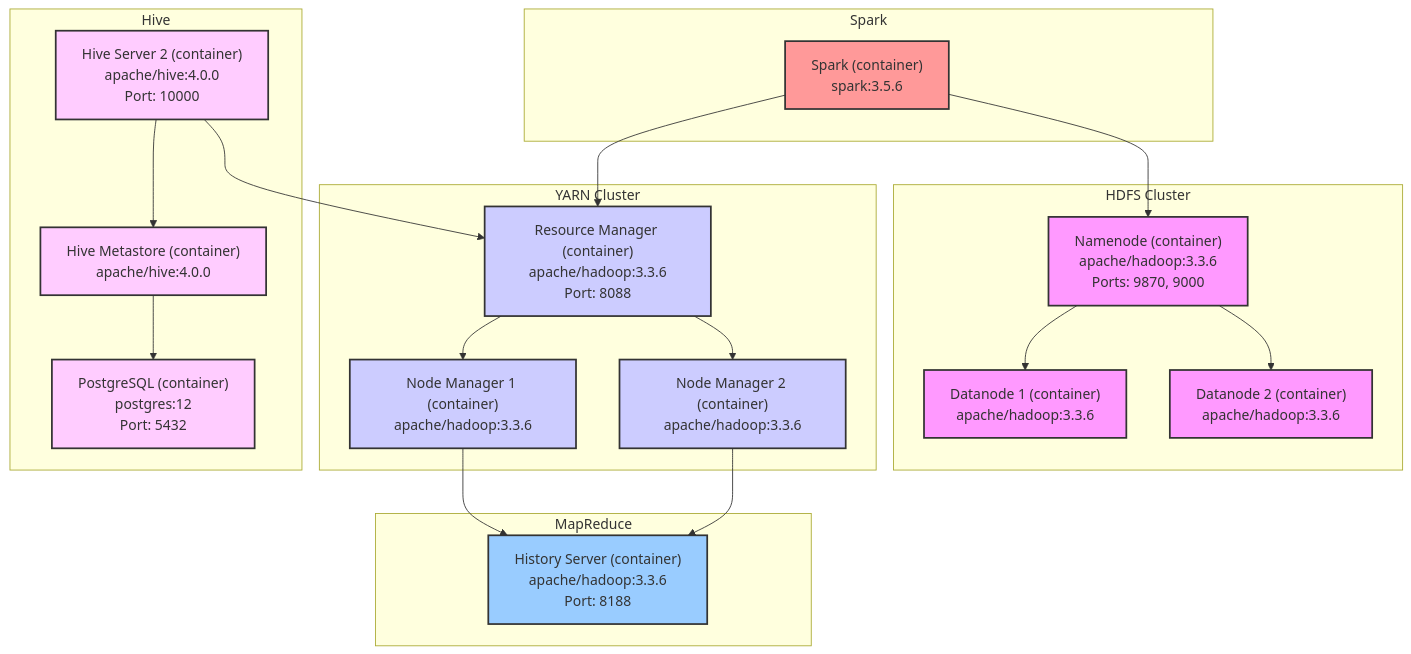
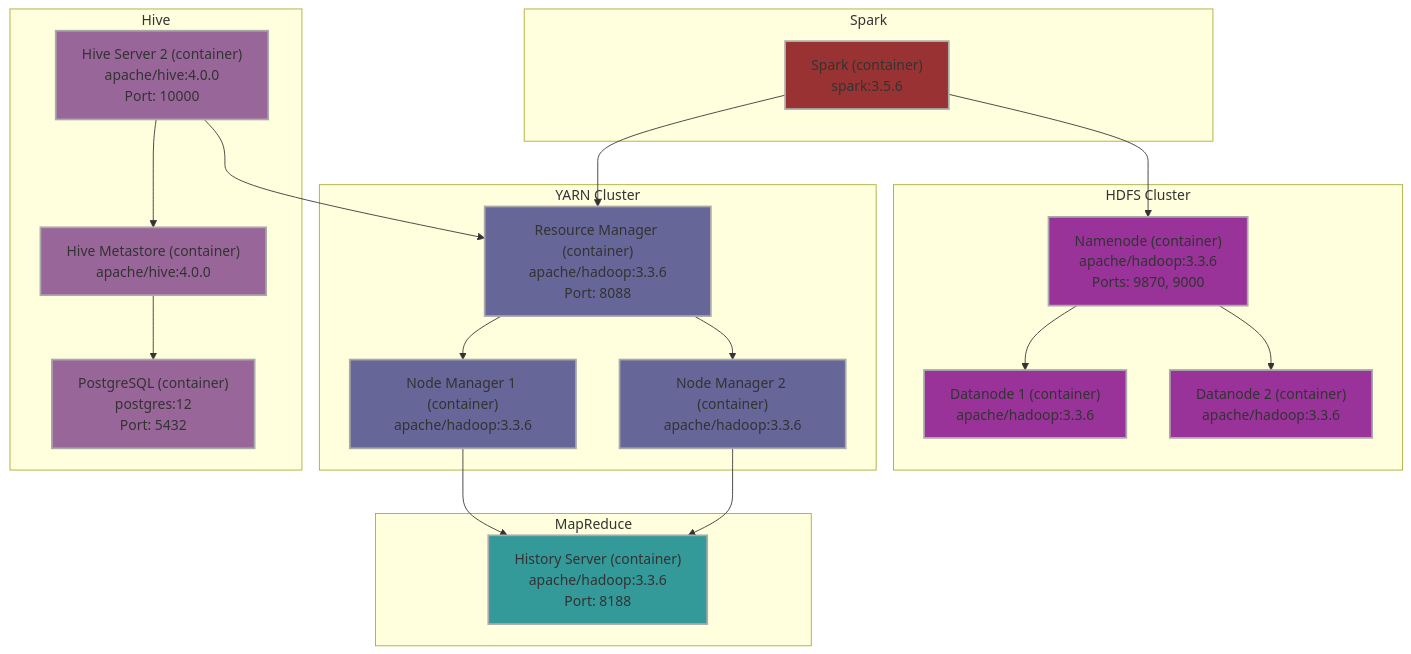
One commit to maninekkalapudi/localbigdatastack changed the diagram in docs/architecture.md. Above: the diagram before and after it, drawn with Mermaid.

Commit message:
update diagram

````diff
--- a/docs/architecture.md
+++ b/docs/architecture.md
@@ -7,61 +7,61 @@
 ```mermaid
 graph TD
     subgraph HDFS Cluster
         namenode["Namenode (container)<br>apache/hadoop:3.3.6<br>Ports: 9870, 9000"]
         datanode1["Datanode 1 (container)<br>apache/hadoop:3.3.6"]
         datanode2["Datanode 2 (container)<br>apache/hadoop:3.3.6"]
     end
 
     subgraph YARN Cluster
         resourcemanager["Resource Manager (container)<br>apache/hadoop:3.3.6<br>Port: 8088"]
         nodemanager1["Node Manager 1 (container)<br>apache/hadoop:3.3.6"]
         nodemanager2["Node Manager 2 (container)<br>apache/hadoop:3.3.6"]
     end
 
     subgraph Hive
         hive_server["Hive Server 2 (container)<br>apache/hive:4.0.0<br>Port: 10000"]
         hive_metastore["Hive Metastore (container)<br>apache/hive:4.0.0"]
         postgres["PostgreSQL (container)<br>postgres:12<br>Port: 5432"]
     end
 
     subgraph Spark
         spark_app["Spark (container)<br>spark:3.5.6"]
     end
     
     subgraph MapReduce
         historyserver["History Server (container)<br>apache/hadoop:3.3.6<br>Port: 8188"]
     end
 
     namenode --> datanode1
     namenode --> datanode2
     
     resourcemanager --> nodemanager1
     resourcemanager --> nodemanager2
 
     hive_server --> hive_metastore
     hive_metastore --> postgres
 
     spark_app --> namenode
     spark_app --> resourcemanager
     
     nodemanager1 --> historyserver
     nodemanager2 --> historyserver
     
     hive_server --> resourcemanager
     
-    style namenode fill:#f9f,stroke:#333,stroke-width:2px
-    style datanode1 fill:#f9f,stroke:#333,stroke-width:2px
-    style datanode2 fill:#f9f,stroke:#333,stroke-width:2px
+    style namenode fill:#939,stroke:#aaa,stroke-width:2px
+    style datanode1 fill:#939,stroke:#aaa,stroke-width:2px
+    style datanode2 fill:#939,stroke:#aaa,stroke-width:2px
     
-    style resourcemanager fill:#ccf,stroke:#333,stroke-width:2px
-    style nodemanager1 fill:#ccf,stroke:#333,stroke-width:2px
-    style nodemanager2 fill:#ccf,stroke:#333,stroke-width:2px
+    style resourcemanager fill:#669,stroke:#aaa,stroke-width:2px
+    style nodemanager1 fill:#669,stroke:#aaa,stroke-width:2px
+    style nodemanager2 fill:#669,stroke:#aaa,stroke-width:2px
     
-    style hive_server fill:#fcf,stroke:#333,stroke-width:2px
-    style hive_metastore fill:#fcf,stroke:#333,stroke-width:2px
-    style postgres fill:#fcf,stroke:#333,stroke-width:2px
+    style hive_server fill:#969,stroke:#aaa,stroke-width:2px
+    style hive_metastore fill:#969,stroke:#aaa,stroke-width:2px
+    style postgres fill:#969,stroke:#aaa,stroke-width:2px
     
-    style spark_app fill:#f99,stroke:#333,stroke-width:2px
-    style historyserver fill:#9cf,stroke:#333,stroke-width:2px
+    style spark_app fill:#933,stroke:#aaa,stroke-width:2px
+    style historyserver fill:#399,stroke:#aaa,stroke-width:2px
 
 ```
````
